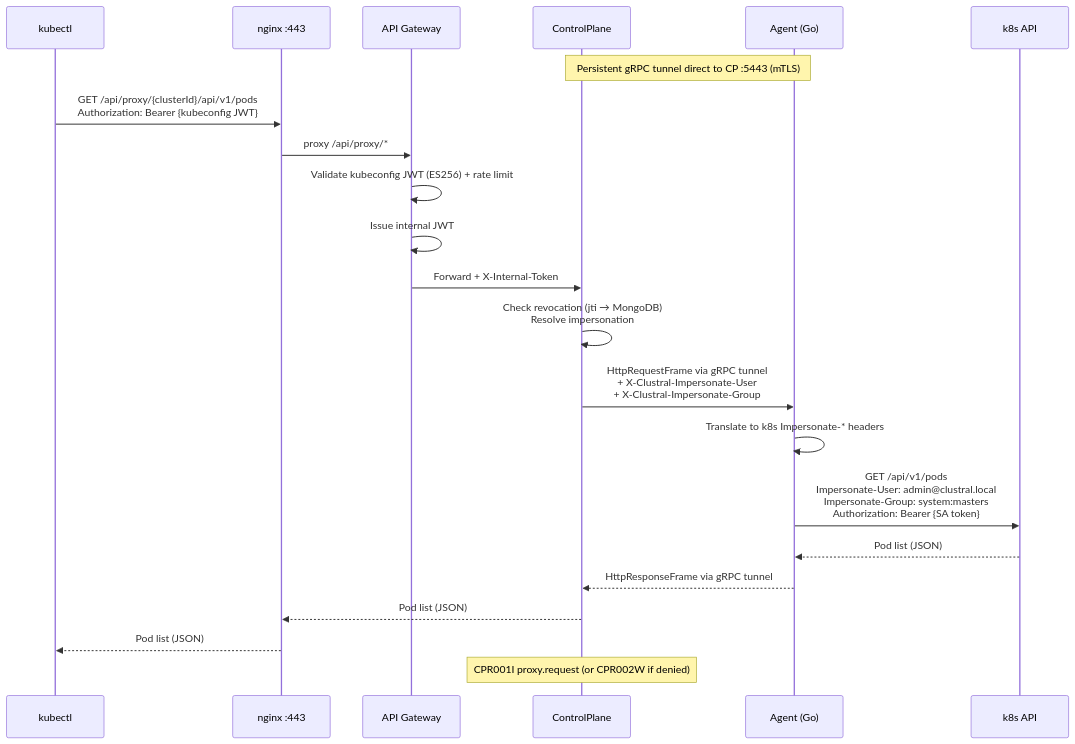
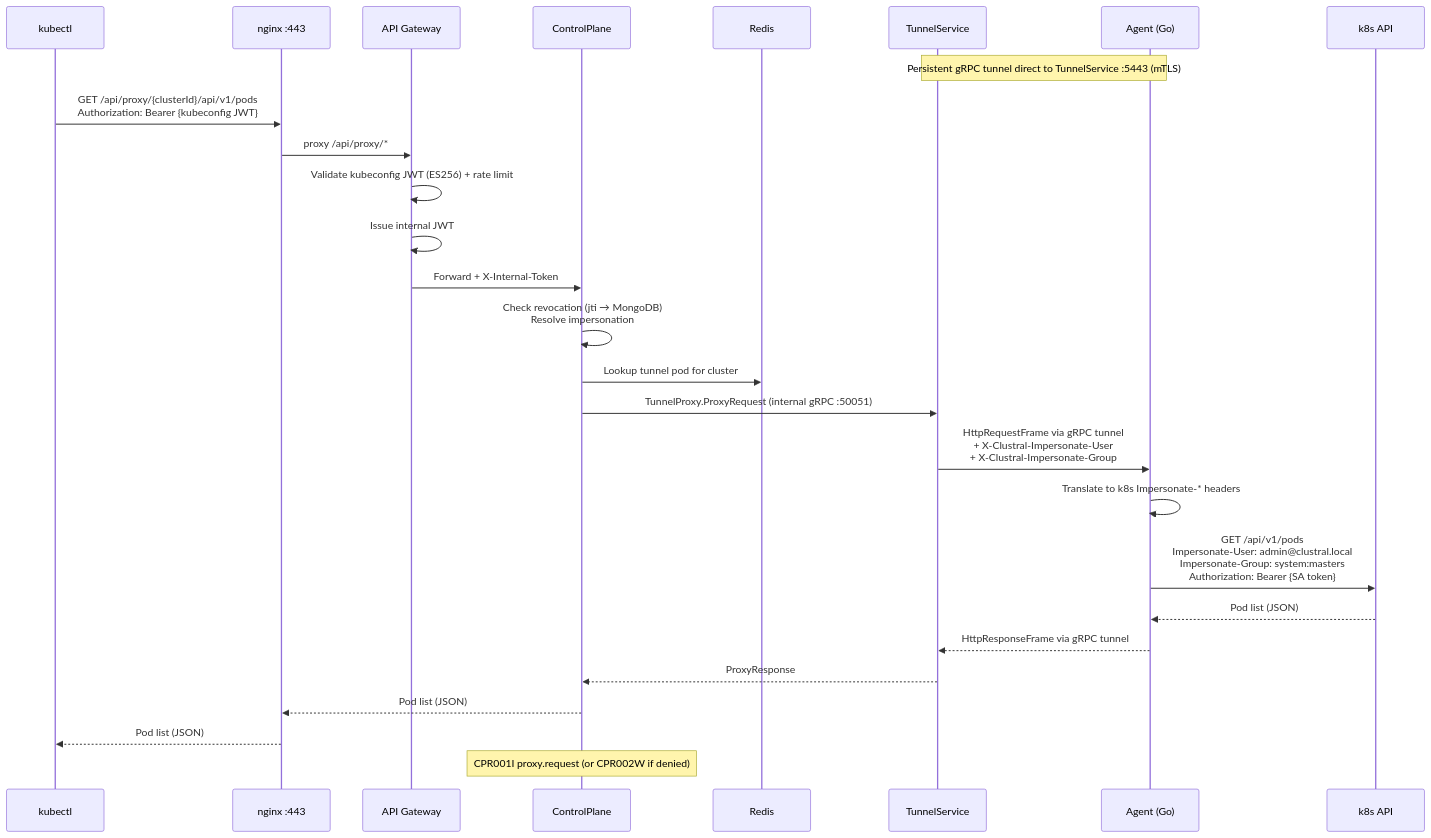
Before and after one commit to Clustral/clustral: the third of 19 diagrams in README.md, drawn with Mermaid. The commit also changed other lines of this file and 10 other files, not shown here.

First line of the commit message:
docs: update all diagrams + docs for TunnelService split (#4)

````diff
--- a/README.md
+++ b/README.md
@@ -111,26 +118,31 @@
 ```mermaid
 sequenceDiagram
     participant kubectl
     participant NGX as nginx :443
     participant GW as API Gateway
     participant CP as ControlPlane
+    participant REDIS as Redis
+    participant TS as TunnelService
     participant Agent as Agent (Go)
     participant K8S as k8s API
 
-    Note over Agent,CP: Persistent gRPC tunnel direct to CP :5443 (mTLS)
+    Note over Agent,TS: Persistent gRPC tunnel direct to TunnelService :5443 (mTLS)
 
     kubectl->>NGX: GET /api/proxy/{clusterId}/api/v1/pods<br/>Authorization: Bearer {kubeconfig JWT}
     NGX->>GW: proxy /api/proxy/*
     GW->>GW: Validate kubeconfig JWT (ES256) + rate limit
     GW->>GW: Issue internal JWT
     GW->>CP: Forward + X-Internal-Token
     CP->>CP: Check revocation (jti → MongoDB)<br/>Resolve impersonation
-    CP->>Agent: HttpRequestFrame via gRPC tunnel<br/>+ X-Clustral-Impersonate-User<br/>+ X-Clustral-Impersonate-Group
+    CP->>REDIS: Lookup tunnel pod for cluster
+    CP->>TS: TunnelProxy.ProxyRequest (internal gRPC :50051)
+    TS->>Agent: HttpRequestFrame via gRPC tunnel<br/>+ X-Clustral-Impersonate-User<br/>+ X-Clustral-Impersonate-Group
     Agent->>Agent: Translate to k8s Impersonate-* headers
     Agent->>K8S: GET /api/v1/pods<br/>Impersonate-User: admin@clustral.local<br/>Impersonate-Group: system:masters<br/>Authorization: Bearer {SA token}
     K8S-->>Agent: Pod list (JSON)
-    Agent-->>CP: HttpResponseFrame via gRPC tunnel
+    Agent-->>TS: HttpResponseFrame via gRPC tunnel
+    TS-->>CP: ProxyResponse
     CP-->>NGX: Pod list (JSON)
     NGX-->>kubectl: Pod list (JSON)
     Note over CP: CPR001I proxy.request (or CPR002W if denied)
 ```
````
